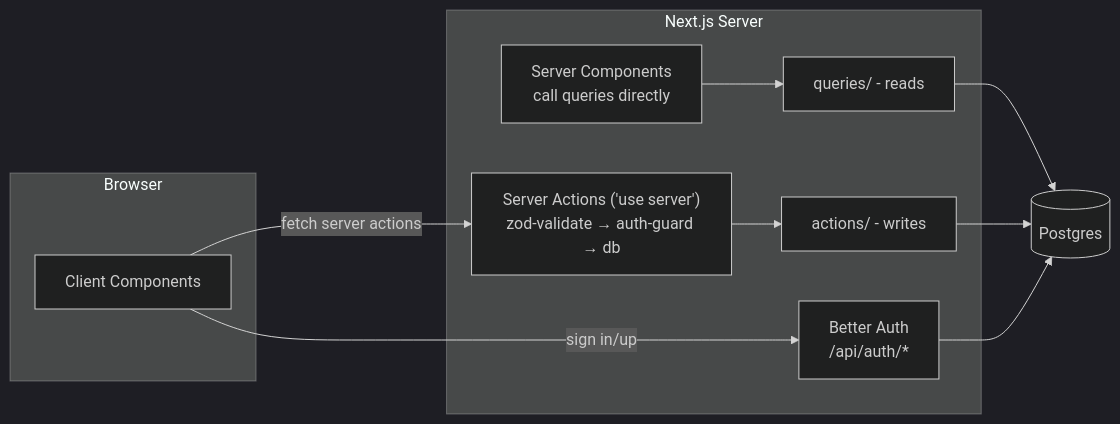
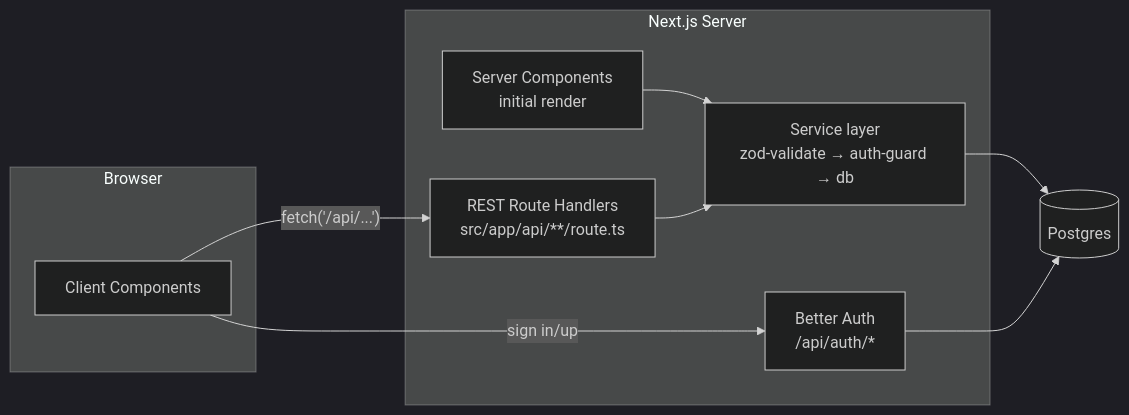
One commit to DPC1012/globetrotter-travel-planner changed the first of 3 diagrams in docs/PRD.md. Above: the diagram before and after it, drawn with Mermaid (dark theme). The commit also changed other lines of this file, not shown here.

First line of the commit message:
docs: replace server-action RPC plan with REST route handlers

````diff
--- a/docs/PRD.md
+++ b/docs/PRD.md
@@ -26,21 +26,19 @@
 ```mermaid
 flowchart LR
     subgraph Browser
         C[Client Components]
     end
     subgraph "Next.js Server"
-        RSC[Server Components<br/>call queries directly]
-        SA["Server Actions ('use server')<br/>zod-validate → auth-guard → db"]
-        Q[queries/ - reads]
-        A[actions/ - writes]
+        RSC[Server Components<br/>initial render]
+        REST["REST Route Handlers<br/>src/app/api/**/route.ts"]
+        SVC[Service layer<br/>zod-validate → auth-guard → db]
         BA[Better Auth<br/>/api/auth/*]
     end
     DB[(Postgres)]
-    C -->|fetch server actions| SA
-    RSC --> Q
-    SA --> A
-    Q --> DB
-    A --> DB
+    C -->|"fetch('/api/...')"| REST
+    RSC --> SVC
+    REST --> SVC
+    SVC --> DB
     C -->|sign in/up| BA
     BA --> DB
 ```
````
